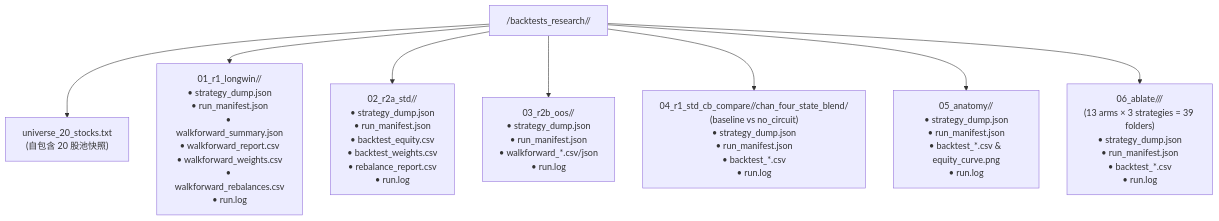
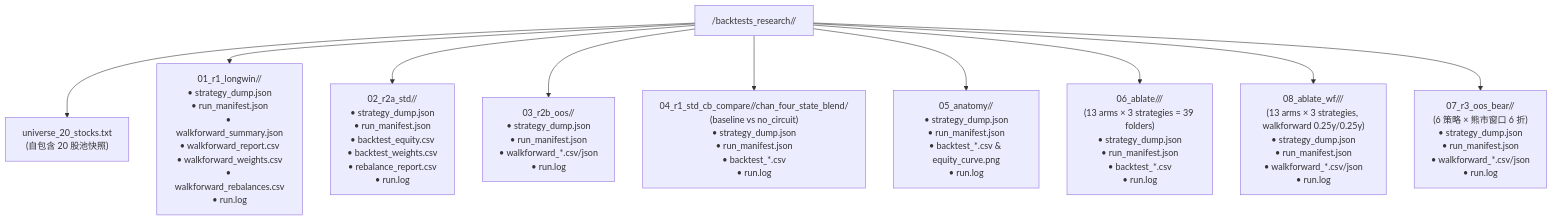
The diagram in docs/backtest_research.md (stonewell/quant_research), drawn with Mermaid before and after one commit. The commit also changed other lines of this file and 933 other files, not shown here.

First line of the commit message:
add walkforward ablation rerun, bear oos window and audit hardening

````diff
--- a/docs/backtest_research.md
+++ b/docs/backtest_research.md
@@ -146,11 +147,13 @@
 ```mermaid
 flowchart TD
     ROOT["<project_root>/backtests_research/<YYYYMMDD_HHMMSS>/"]
     ROOT --> U["universe_20_stocks.txt\n(自包含 20 股池快照)"]
     ROOT --> R1["01_r1_longwin/<strategy>/\n• strategy_dump.json\n• run_manifest.json\n• walkforward_summary.json\n• walkforward_report.csv\n• walkforward_weights.csv\n• walkforward_rebalances.csv\n• run.log"]
     ROOT --> R2A["02_r2a_std/<strategy>/\n• strategy_dump.json\n• run_manifest.json\n• backtest_equity.csv\n• backtest_weights.csv\n• rebalance_report.csv\n• run.log"]
     ROOT --> R2B["03_r2b_oos/<strategy>/\n• strategy_dump.json\n• run_manifest.json\n• walkforward_*.csv/json\n• run.log"]
     ROOT --> CB["04_r1_std_cb_compare/<arm>/chan_four_state_blend/\n(baseline vs no_circuit)\n• strategy_dump.json\n• run_manifest.json\n• backtest_*.csv\n• run.log"]
     ROOT --> ANAT["05_anatomy/<strategy>/\n• strategy_dump.json\n• run_manifest.json\n• backtest_*.csv & equity_curve.png\n• run.log"]
     ROOT --> ABL["06_ablate/<arm>/<strategy>/\n(13 arms × 3 strategies = 39 folders)\n• strategy_dump.json\n• run_manifest.json\n• backtest_*.csv\n• run.log"]
+    ROOT --> ABLWF["08_ablate_wf/<arm>/<strategy>/\n(13 arms × 3 strategies, walkforward 0.25y/0.25y)\n• strategy_dump.json\n• run_manifest.json\n• walkforward_*.csv/json\n• run.log"]
+    ROOT --> R3B["07_r3_oos_bear/<strategy>/\n(6 策略 × 熊市窗口 6 折)\n• strategy_dump.json\n• run_manifest.json\n• walkforward_*.csv/json\n• run.log"]
 ```
````
